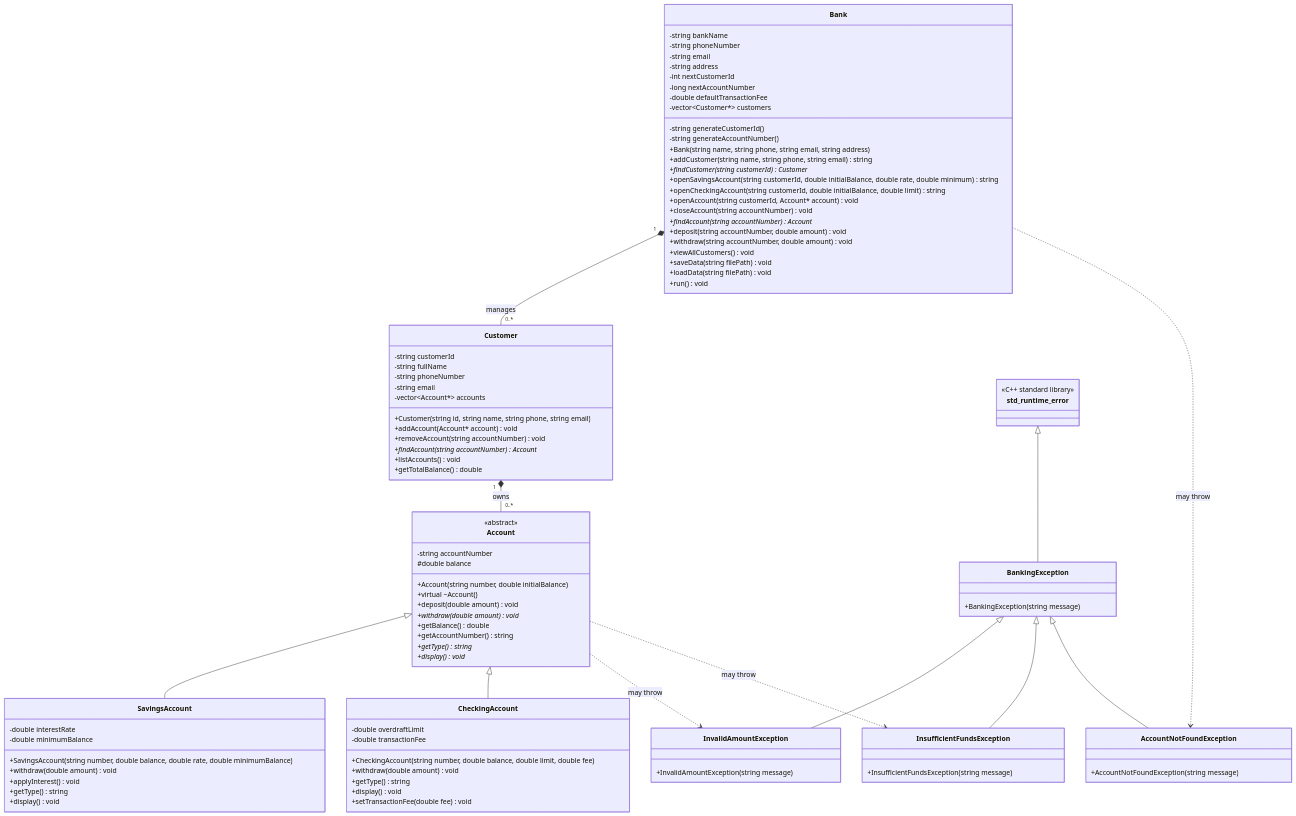
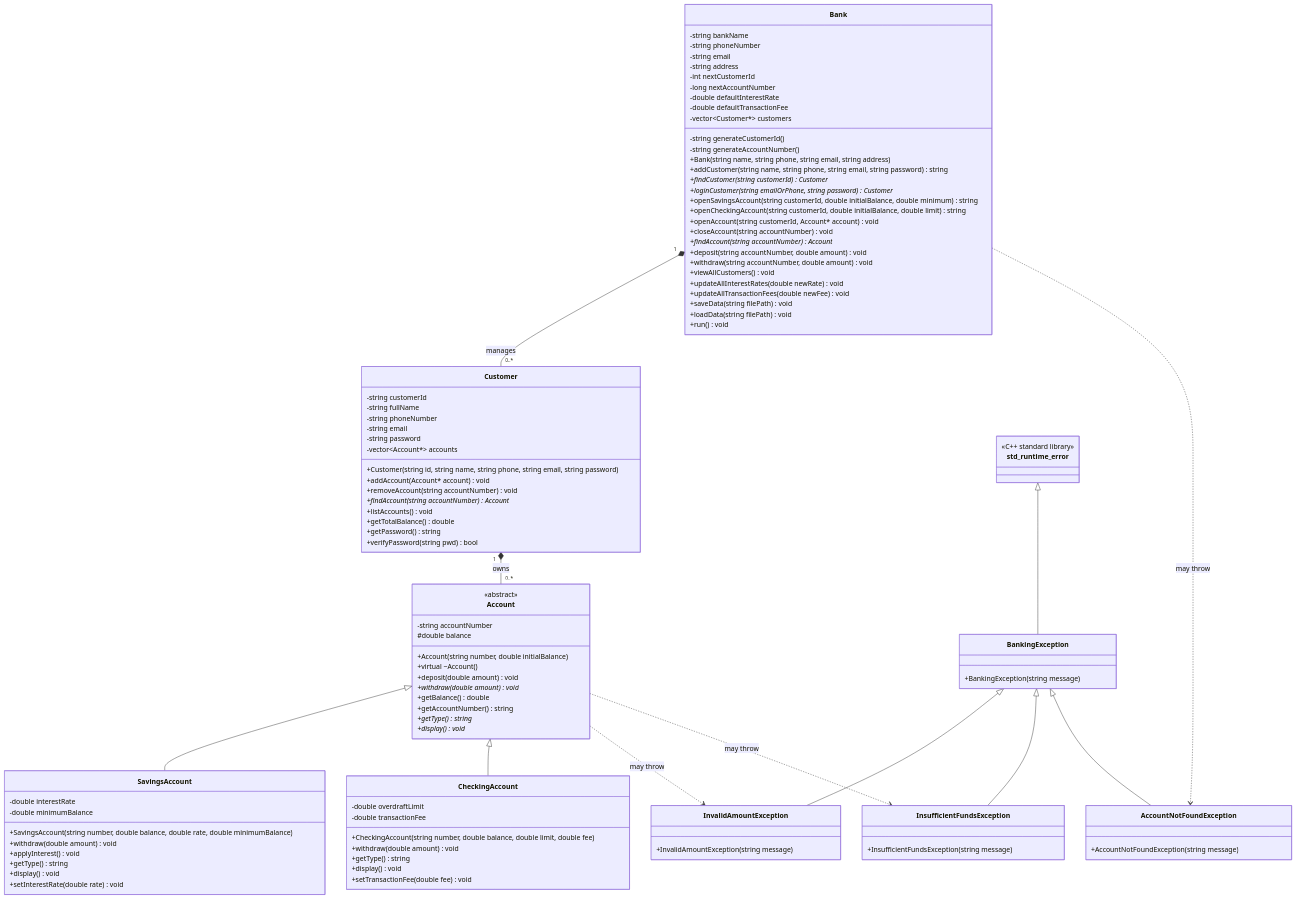
One commit to ymukhsin/bank-account-manager changed the diagram in uml.mmd. Above: the diagram before and after it, drawn with Mermaid. The commit also changed 7 other files, not shown here.

Commit message:
feat: add customer password login and admin bank-wide rate/fee management

```diff
--- a/uml.mmd
+++ b/uml.mmd
@@ -1,107 +1,115 @@
 classDiagram
     direction TB
 
     class Bank {
         -string bankName
         -string phoneNumber
         -string email
         -string address
         -int nextCustomerId
         -long nextAccountNumber
+        -double defaultInterestRate
         -double defaultTransactionFee
         -vector~Customer*~ customers
         -string generateCustomerId()
         -string generateAccountNumber()
         +Bank(string name, string phone, string email, string address)
-        +addCustomer(string name, string phone, string email) string
+        +addCustomer(string name, string phone, string email, string password) string
         +findCustomer(string customerId) Customer*
-        +openSavingsAccount(string customerId, double initialBalance, double rate, double minimum) string
+        +loginCustomer(string emailOrPhone, string password) Customer*
+        +openSavingsAccount(string customerId, double initialBalance, double minimum) string
         +openCheckingAccount(string customerId, double initialBalance, double limit) string
         +openAccount(string customerId, Account* account) void
         +closeAccount(string accountNumber) void
         +findAccount(string accountNumber) Account*
         +deposit(string accountNumber, double amount) void
         +withdraw(string accountNumber, double amount) void
         +viewAllCustomers() void
+        +updateAllInterestRates(double newRate) void
+        +updateAllTransactionFees(double newFee) void
         +saveData(string filePath) void
         +loadData(string filePath) void
         +run() void
     }
 
     class Customer {
         -string customerId
         -string fullName
         -string phoneNumber
         -string email
+        -string password
         -vector~Account*~ accounts
-        +Customer(string id, string name, string phone, string email)
+        +Customer(string id, string name, string phone, string email, string password)
         +addAccount(Account* account) void
         +removeAccount(string accountNumber) void
         +findAccount(string accountNumber) Account*
         +listAccounts() void
         +getTotalBalance() double
+        +getPassword() string
+        +verifyPassword(string pwd) bool
     }
 
     class Account {
         <<abstract>>
         -string accountNumber
         #double balance
         +Account(string number, double initialBalance)
         +virtual ~Account()
         +deposit(double amount) void
         +withdraw(double amount)* void
         +getBalance() double
         +getAccountNumber() string
         +getType() string*
         +display() void*
     }
 
     class SavingsAccount {
         -double interestRate
         -double minimumBalance
         +SavingsAccount(string number, double balance, double rate, double minimumBalance)
         +withdraw(double amount) void
         +applyInterest() void
         +getType() string
         +display() void
+        +setInterestRate(double rate) void
     }
 
     class CheckingAccount {
         -double overdraftLimit
         -double transactionFee
         +CheckingAccount(string number, double balance, double limit, double fee)
         +withdraw(double amount) void
         +getType() string
         +display() void
         +setTransactionFee(double fee) void
     }
 
     class BankingException {
         +BankingException(string message)
     }
     class InvalidAmountException {
         +InvalidAmountException(string message)
     }
     class InsufficientFundsException {
         +InsufficientFundsException(string message)
     }
     class AccountNotFoundException {
         +AccountNotFoundException(string message)
     }
     class std_runtime_error {
         <<C++ standard library>>
     }
 
     Bank "1" *-- "0..*" Customer : manages
     Customer "1" *-- "0..*" Account : owns
     Account <|-- SavingsAccount
     Account <|-- CheckingAccount
 
     std_runtime_error <|-- BankingException
     BankingException <|-- InvalidAmountException
     BankingException <|-- InsufficientFundsException
     BankingException <|-- AccountNotFoundException
 
     Account ..> InvalidAmountException : may throw
     Account ..> InsufficientFundsException : may throw
     Bank ..> AccountNotFoundException : may throw
```
